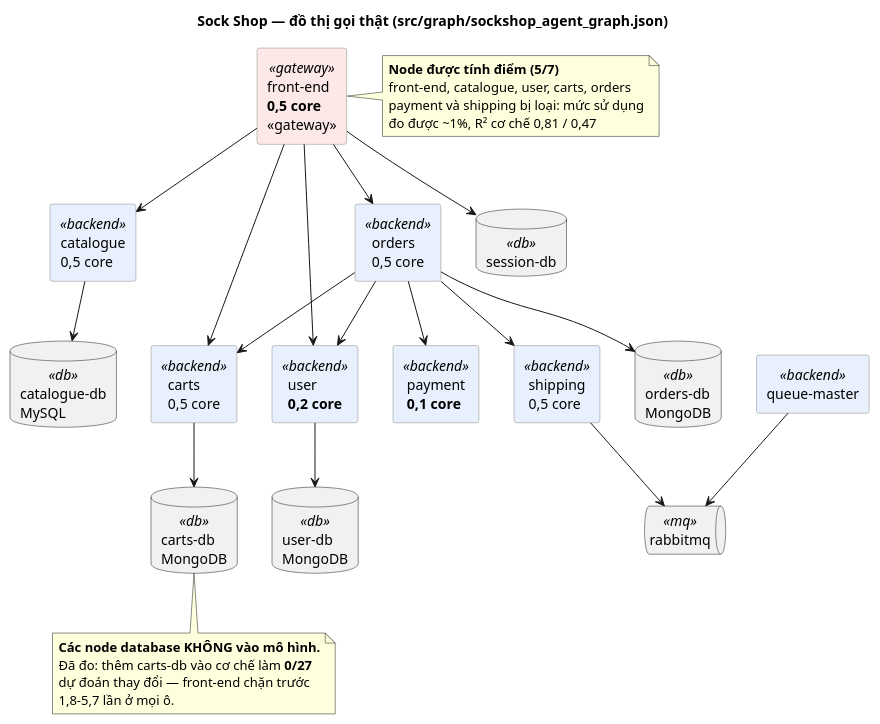
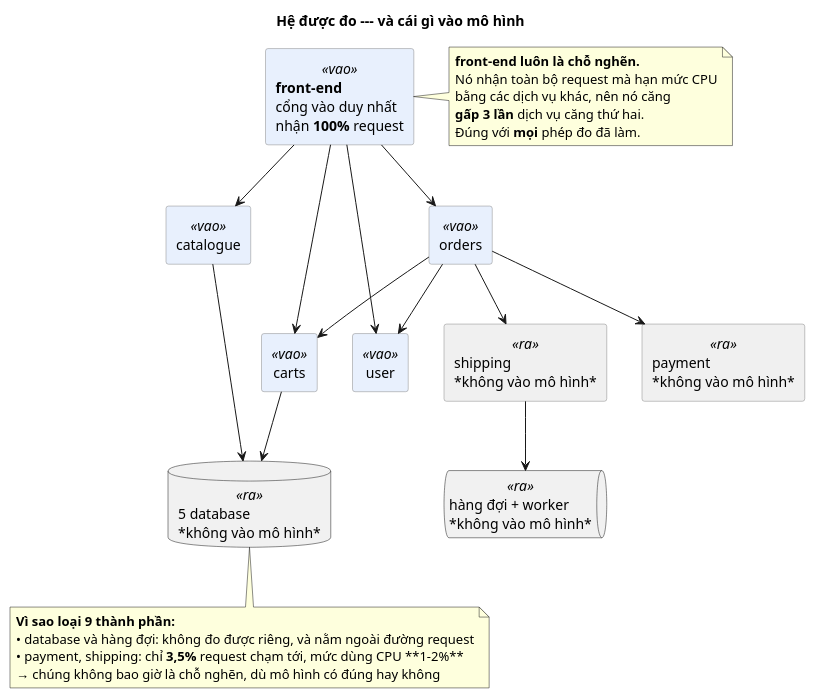
The diagram in papers/p1_du_phong/docs/figures/puml/30_he_duoc_do.puml (kkyaha/NCKH), drawn with PlantUML before and after one commit. The commit also changed 20 other files, not shown here.

Commit message:
feat: add RQ3 LLM parser benchmark report, LaTeX tables, and PlantUML diagrams for p1_du_phong

```diff
--- a/papers/p1_du_phong/docs/figures/puml/30_he_duoc_do.puml
+++ b/papers/p1_du_phong/docs/figures/puml/30_he_duoc_do.puml
@@ -1,60 +1,50 @@
 @startuml
-' MOTA: Đồ thị gọi thật của Sock Shop — 14 node, 15 cạnh, 5 node được tính điểm
+' MOTA: Khối 4 — hệ thống được đo, và vì sao chỉ 5 trong 14 thành phần vào mô hình
 skinparam defaultFontName Helvetica
 skinparam shadowing false
 skinparam componentStyle rectangle
-title Sock Shop — đồ thị gọi thật (src/graph/sockshop_agent_graph.json)
+title Hệ được đo --- và **cái gì vào mô hình**
 
 skinparam rectangle {
-  BackgroundColor<<gateway>> #FDE8E8
-  BackgroundColor<<backend>> #E8F0FD
-  BackgroundColor<<db>> #F0F0F0
-  BackgroundColor<<mq>> #FFF9E0
+  BackgroundColor<<vao>> #E8F0FD
+  BackgroundColor<<ra>> #F0F0F0
   BorderColor #888888
 }
 
-rectangle "front-end\n**0,5 core**\n<<gateway>>" <<gateway>> as fe
-rectangle "catalogue\n0,5 core" <<backend>> as cat
-rectangle "carts\n0,5 core" <<backend>> as carts
-rectangle "user\n**0,2 core**" <<backend>> as user
-rectangle "orders\n0,5 core" <<backend>> as ord
-rectangle "payment\n**0,1 core**" <<backend>> as pay
-rectangle "shipping\n0,5 core" <<backend>> as ship
-database "catalogue-db\nMySQL" <<db>> as cdb
-database "carts-db\nMongoDB" <<db>> as kdb
-database "orders-db\nMongoDB" <<db>> as odb
-database "user-db\nMongoDB" <<db>> as udb
-database "session-db" <<db>> as sdb
-queue "rabbitmq" <<mq>> as mq
-rectangle "queue-master" <<backend>> as qm
+rectangle "**front-end**\ncổng vào duy nhất\nnhận **100%** request" <<vao>> as fe
+rectangle "catalogue" <<vao>> as cat
+rectangle "carts" <<vao>> as carts
+rectangle "user" <<vao>> as user
+rectangle "orders" <<vao>> as ord
+rectangle "payment\n*không vào mô hình*" <<ra>> as pay
+rectangle "shipping\n*không vào mô hình*" <<ra>> as ship
+database "5 database\n*không vào mô hình*" <<ra>> as db
+queue "hàng đợi + worker\n*không vào mô hình*" <<ra>> as mq
 
-fe --> sdb
 fe --> cat
 fe --> carts
 fe --> user
 fe --> ord
-cat --> cdb
-carts --> kdb
-user --> udb
-ord --> odb
 ord --> carts
 ord --> user
 ord --> pay
 ord --> ship
+cat --> db
+carts --> db
 ship --> mq
-qm --> mq
 
 note right of fe
-  **Node được tính điểm (5/7)**
-  front-end, catalogue, user, carts, orders
-  payment và shipping bị loại: mức sử dụng
-  đo được ~1%, R² cơ chế 0,81 / 0,47
+  **front-end luôn là chỗ nghẽn.**
+  Nó nhận toàn bộ request mà hạn mức CPU
+  bằng các dịch vụ khác, nên nó căng
+  **gấp 3 lần** dịch vụ căng thứ hai.
+  Đúng với **mọi** phép đo đã làm.
 end note
 
-note bottom of kdb
-  **Các node database KHÔNG vào mô hình.**
-  Đã đo: thêm carts-db vào cơ chế làm **0/27**
-  dự đoán thay đổi — front-end chặn trước
-  1,8–5,7 lần ở mọi ô.
+note bottom of db
+  **Vì sao loại 9 thành phần:**
+  • database và hàng đợi: không đo được riêng, và nằm ngoài đường request
+  • payment, shipping: chỉ **3,5%** request chạm tới, mức dùng CPU ~**1-2%**
+  → chúng không bao giờ là chỗ nghẽn, dù mô hình có đúng hay không
 end note
 @enduml
```
